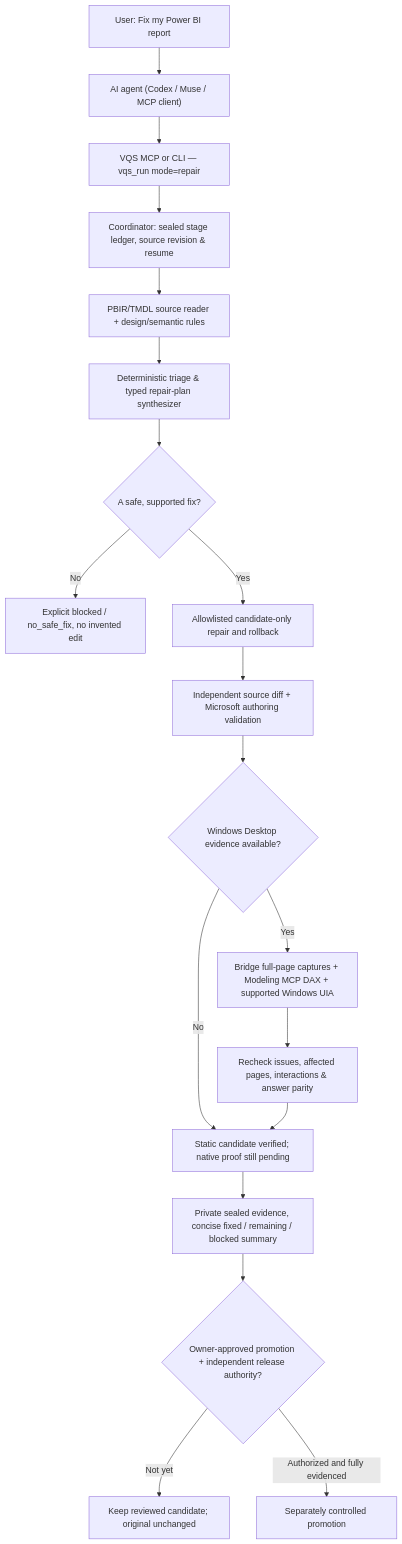
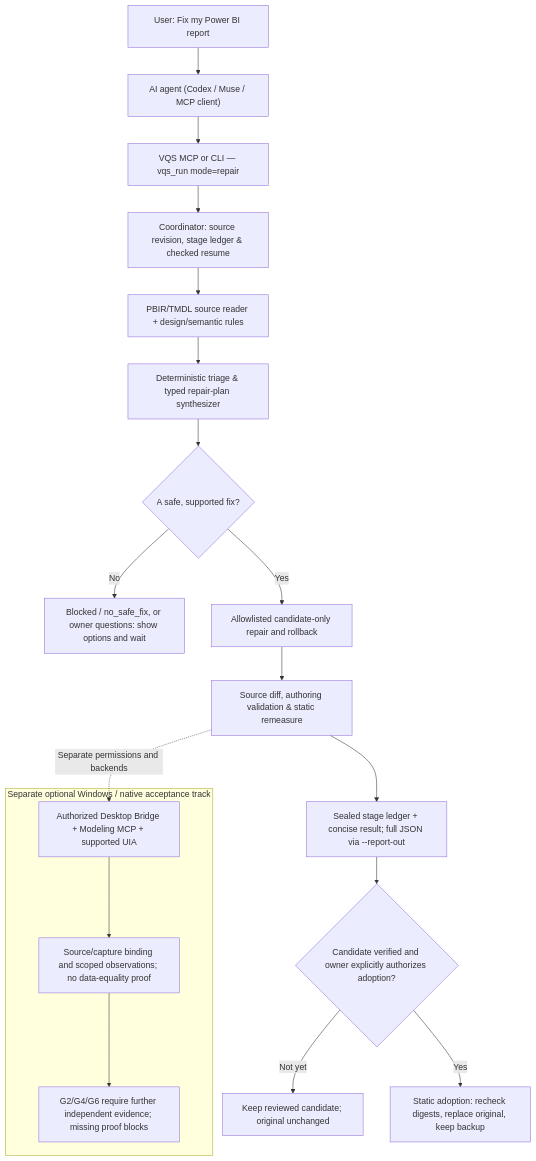
Before and after one commit to analienx/visual-quality-system: the diagram in docs/AGENT_AUTOFIX_ARCHITECTURE.md, drawn with Mermaid. The commit also changed other lines of this file and 14 other files, not shown here.

````diff
--- a/docs/AGENT_AUTOFIX_ARCHITECTURE.md
+++ b/docs/AGENT_AUTOFIX_ARCHITECTURE.md
@@ -9,21 +11,22 @@
 ```mermaid
 flowchart TD
   U["User: Fix my Power BI report"] --> A["AI agent (Codex / Muse / MCP client)"]
   A --> I["VQS MCP or CLI — vqs_run mode=repair"]
-  I --> C["Coordinator: sealed stage ledger, source revision & resume"]
+  I --> C["Coordinator: source revision, stage ledger & checked resume"]
   C --> D["PBIR/TMDL source reader + design/semantic rules"]
   D --> P["Deterministic triage & typed repair-plan synthesizer"]
   P --> F{"A safe, supported fix?"}
-  F -- "No" --> B["Explicit blocked / no_safe_fix, no invented edit"]
+  F -- "No" --> B["Blocked / no_safe_fix, or owner questions: show options and wait"]
   F -- "Yes" --> R["Allowlisted candidate-only repair and rollback"]
-  R --> V["Independent source diff + Microsoft authoring validation"]
-  V --> N{"Windows Desktop evidence available?"}
-  N -- "Yes" --> W["Bridge full-page captures + Modeling MCP DAX + supported Windows UIA"]
-  N -- "No" --> H["Static candidate verified; native proof still pending"]
-  W --> Q["Recheck issues, affected pages, interactions & answer parity"]
-  Q --> H
-  H --> S["Private sealed evidence, concise fixed / remaining / blocked summary"]
-  S --> G{"Owner-approved promotion + independent release authority?"}
+  R --> V["Source diff, authoring validation & static remeasure"]
+  V --> S["Sealed stage ledger + concise result; full JSON via --report-out"]
+  S --> G{"Candidate verified and owner explicitly authorizes adoption?"}
   G -- "Not yet" --> K["Keep reviewed candidate; original unchanged"]
-  G -- "Authorized and fully evidenced" --> M["Separately controlled promotion"]
+  G -- "Yes" --> M["Static adoption: recheck digests, replace original, keep backup"]
+  subgraph N["Separate optional Windows / native acceptance track"]
+    W["Authorized Desktop Bridge + Modeling MCP + supported UIA"]
+    W --> Q["Source/capture binding and scoped observations; no data-equality proof"]
+    Q --> H["G2/G4/G6 require further independent evidence; missing proof blocks"]
+  end
+  V -. "Separate permissions and backends" .-> W
 ```
````
